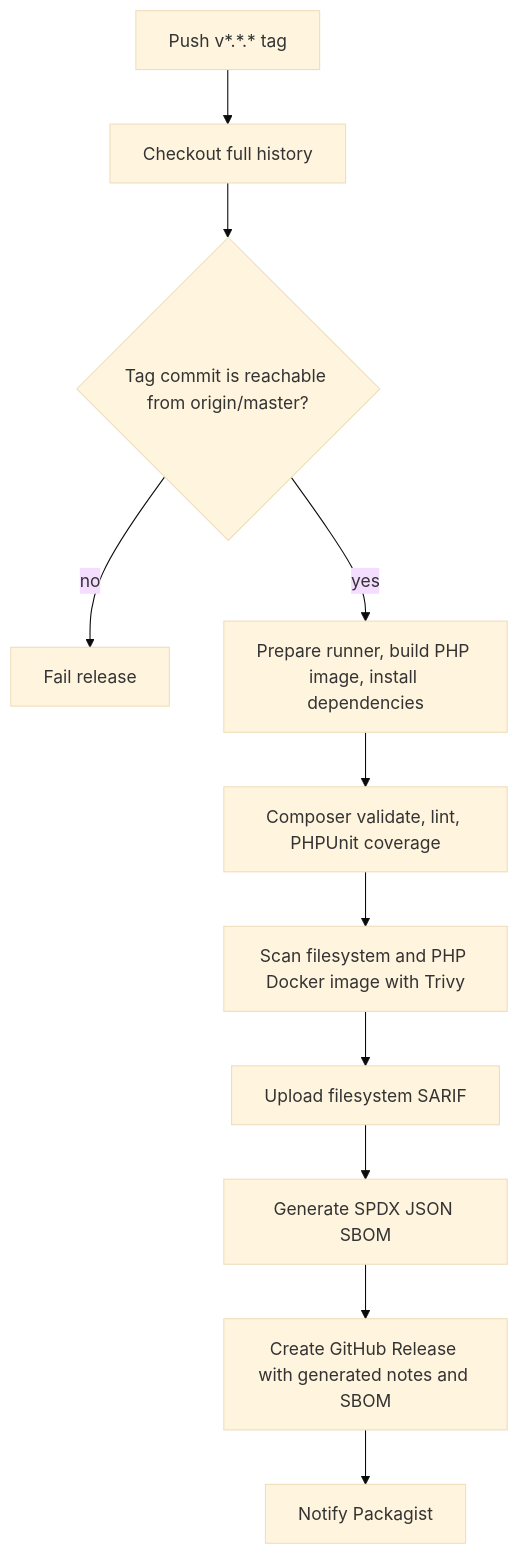
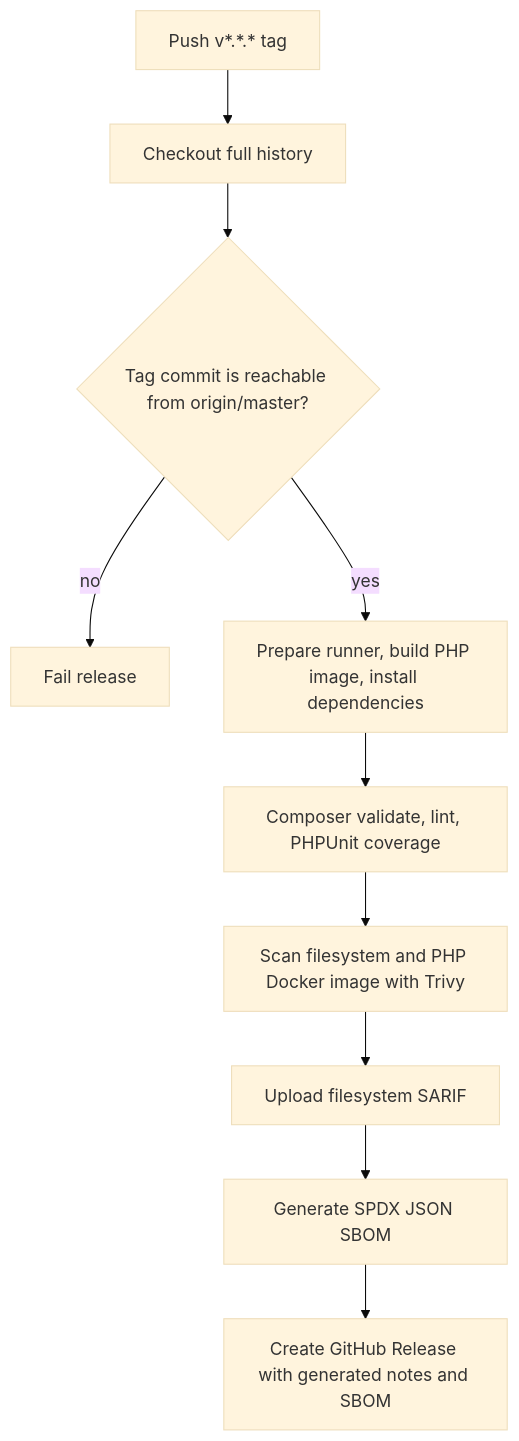
One commit to jooservices/dto changed the fourth of 5 diagrams in WORKFLOWS.md. Above: the diagram before and after it, drawn with Mermaid (base theme). The commit also changed other lines of this file and 2 other files, not shown here.

Commit message:
ci: Drop Packagist notification from release workflow (secrets not configured)

````diff
--- a/WORKFLOWS.md
+++ b/WORKFLOWS.md
@@ -114,13 +114,12 @@
 ```mermaid
 flowchart TD
     Tag[Push v*.*.* tag] --> Checkout[Checkout full history]
     Checkout --> Master{Tag commit is reachable from origin/master?}
     Master -->|no| Stop[Fail release]
     Master -->|yes| Setup[Prepare runner, build PHP image, install dependencies]
     Setup --> Quality[Composer validate, lint, PHPUnit coverage]
     Quality --> Trivy[Scan filesystem and PHP Docker image with Trivy]
     Trivy --> SARIF[Upload filesystem SARIF]
     SARIF --> SBOM[Generate SPDX JSON SBOM]
     SBOM --> GHRelease[Create GitHub Release with generated notes and SBOM]
-    GHRelease --> Packagist[Notify Packagist]
 ```
````
